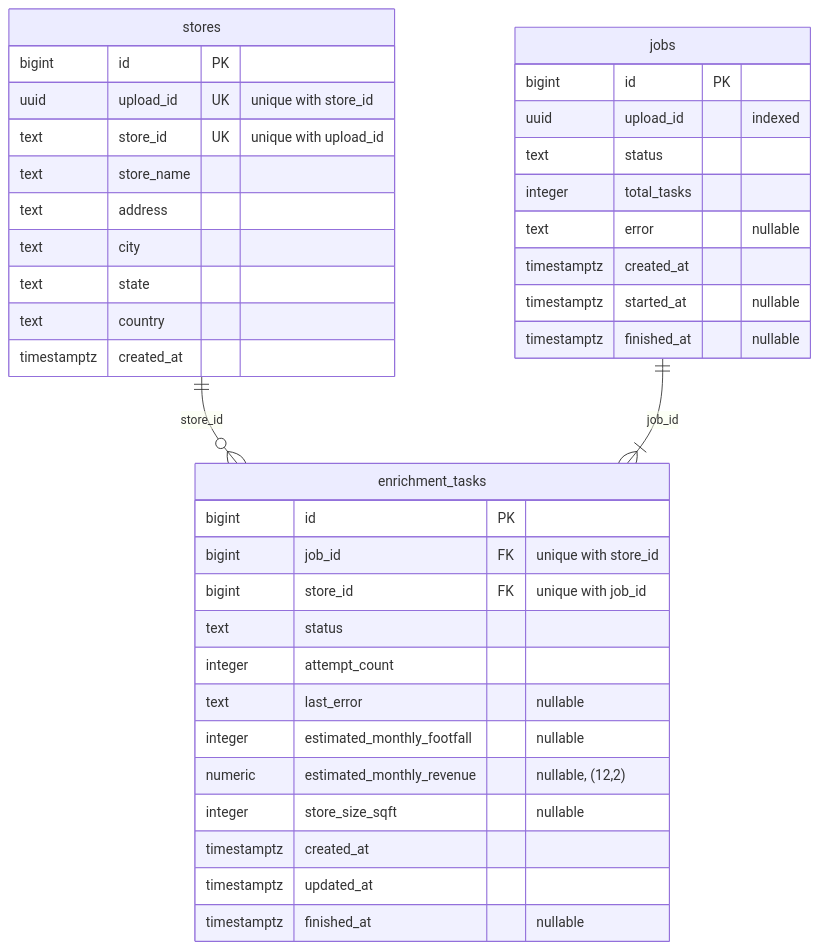
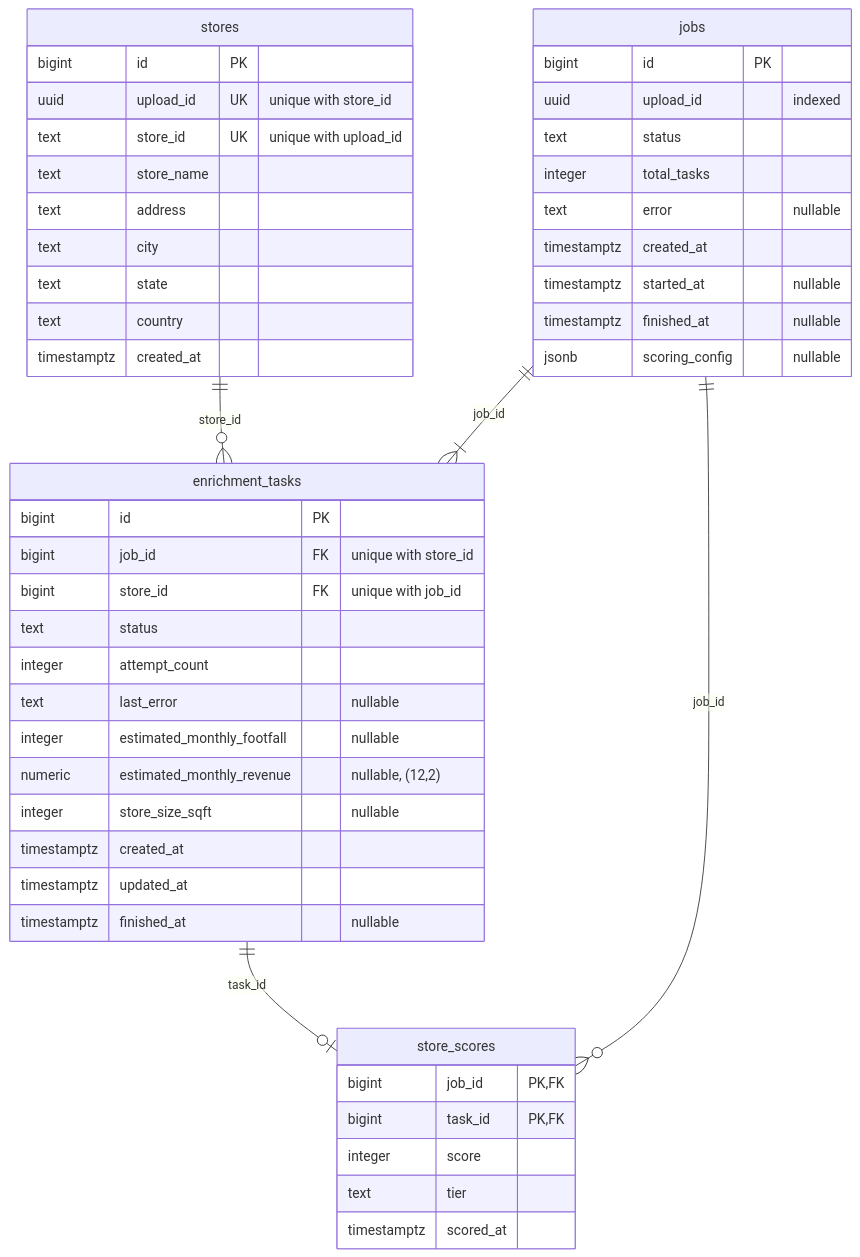
One commit to Sayan3sarkar/sigmoid-tierforge changed the diagram in documentation/datastores.md. Above: the diagram before and after it, drawn with Mermaid. The commit also changed other lines of this file and 31 other files, not shown here.

Commit message:
Score and tier enriched stores via POST /api/jobs/{id}/scoring

````diff
--- a/documentation/datastores.md
+++ b/documentation/datastores.md
@@ -5,43 +5,54 @@
 ```mermaid
 erDiagram
     stores ||--o{ enrichment_tasks : "store_id"
     jobs ||--|{ enrichment_tasks : "job_id"
+    jobs ||--o{ store_scores : "job_id"
+    enrichment_tasks ||--o| store_scores : "task_id"
 
     stores {
         bigint id PK
         uuid upload_id UK "unique with store_id"
         text store_id UK "unique with upload_id"
         text store_name
         text address
         text city
         text state
         text country
         timestamptz created_at
     }
 
     jobs {
         bigint id PK
         uuid upload_id "indexed"
         text status
         integer total_tasks
         text error "nullable"
         timestamptz created_at
         timestamptz started_at "nullable"
         timestamptz finished_at "nullable"
+        jsonb scoring_config "nullable"
     }
 
     enrichment_tasks {
         bigint id PK
         bigint job_id FK "unique with store_id"
         bigint store_id FK "unique with job_id"
         text status
         integer attempt_count
         text last_error "nullable"
         integer estimated_monthly_footfall "nullable"
         numeric estimated_monthly_revenue "nullable, (12,2)"
         integer store_size_sqft "nullable"
         timestamptz created_at
         timestamptz updated_at
         timestamptz finished_at "nullable"
     }
+
+    store_scores {
+        bigint job_id PK, FK
+        bigint task_id PK, FK
+        integer score
+        text tier
+        timestamptz scored_at
+    }
 ```
````
